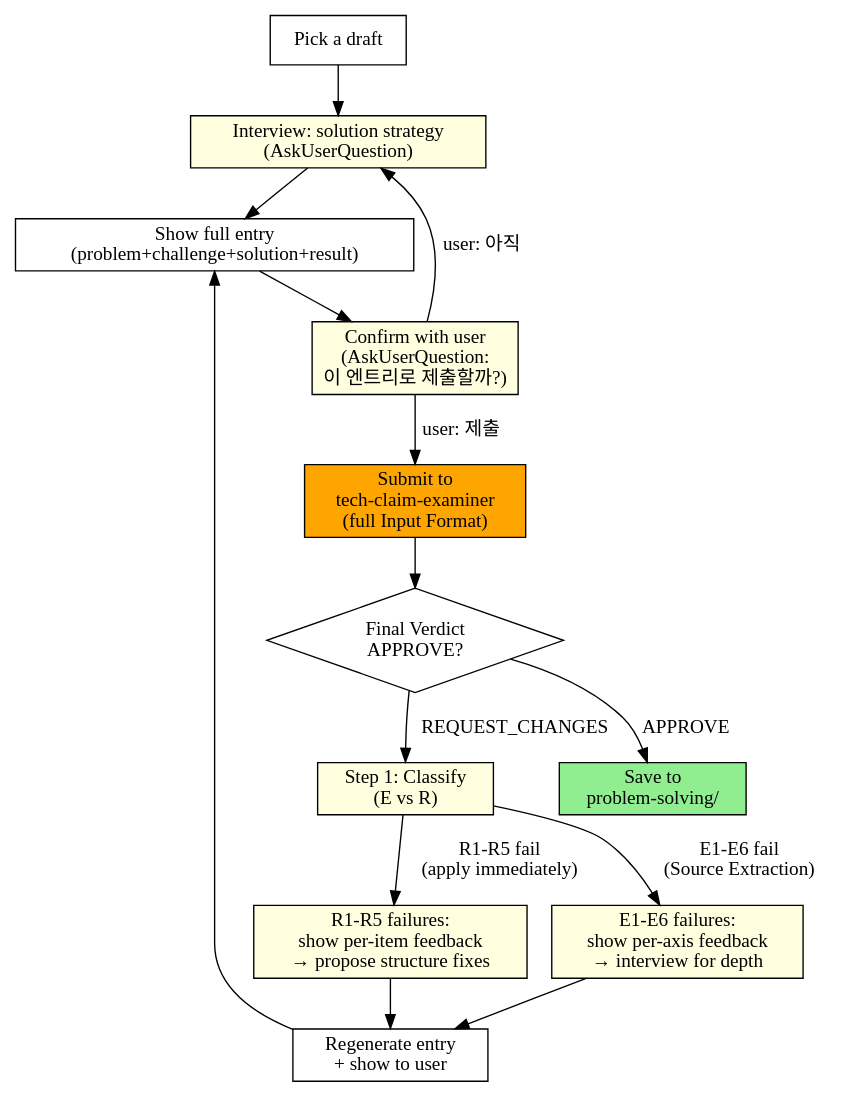
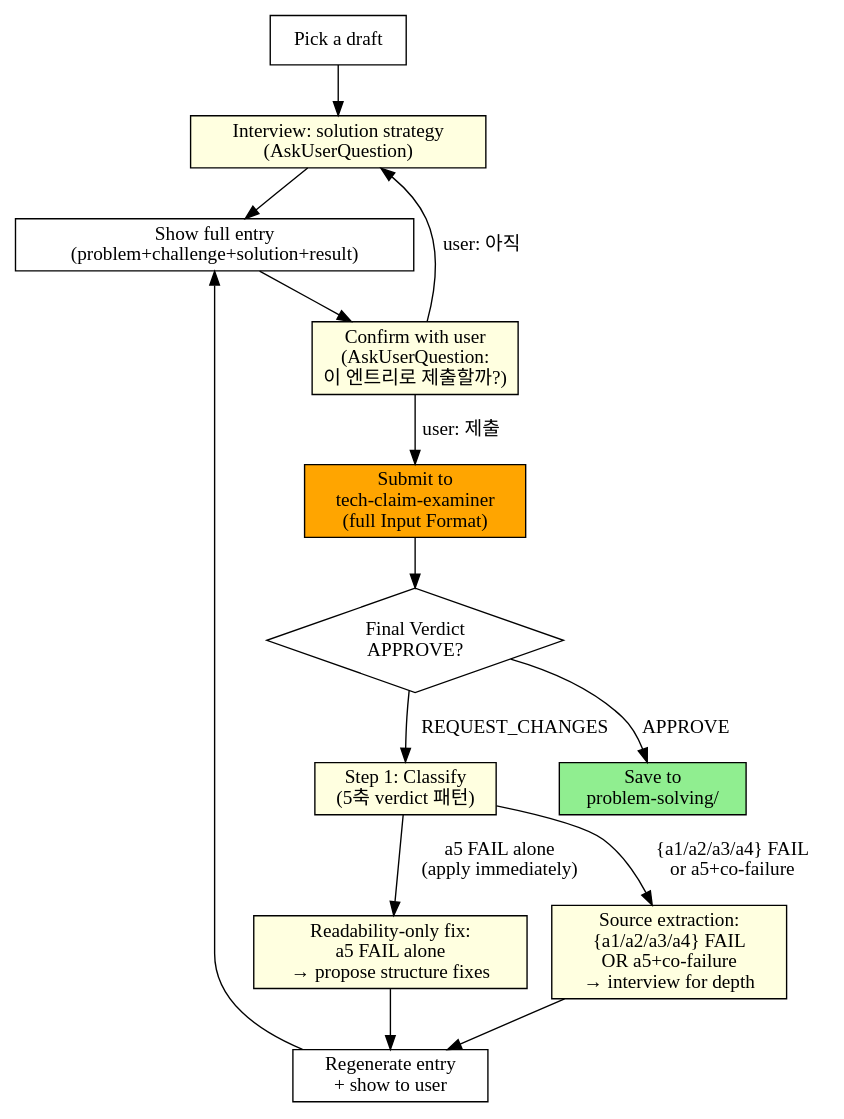
Before and after one commit to toongri/oh-my-toong-playground: the third of 3 diagrams in skills/resume-forge/SKILL.md, drawn with Graphviz. The commit also changed other lines of this file and 3 other files, not shown here.

Commit message:
refactor(resume-forge): 5축 schema 정합 및 구 rubric 참조 정리

````diff
--- a/skills/resume-forge/SKILL.md
+++ b/skills/resume-forge/SKILL.md
@@ -111,30 +113,30 @@
 ```dot
 digraph loop2 {
     rankdir=TB;
     pick [shape=box, label="Pick a draft"];
     interview [shape=box, label="Interview: solution strategy\n(AskUserQuestion)", style=filled, fillcolor=lightyellow];
     show [shape=box, label="Show full entry\n(problem+challenge+solution+result)"];
     confirm [shape=box, label="Confirm with user\n(AskUserQuestion:\n이 엔트리로 제출할까?)", style=filled, fillcolor=lightyellow];
     exam [shape=box, label="Submit to\ntech-claim-examiner\n(full Input Format)", style=filled, fillcolor=orange];
     check [shape=diamond, label="Final Verdict\nAPPROVE?"];
     save [shape=box, label="Save to\nproblem-solving/", style=filled, fillcolor=lightgreen];
-    e_fail [shape=box, label="E1-E6 failures:\nshow per-axis feedback\n→ interview for depth", style=filled, fillcolor=lightyellow];
-    r_fail [shape=box, label="R1-R5 failures:\nshow per-item feedback\n→ propose structure fixes", style=filled, fillcolor=lightyellow];
+    e_fail [shape=box, label="Source extraction:\n{a1/a2/a3/a4} FAIL\nOR a5+co-failure\n→ interview for depth", style=filled, fillcolor=lightyellow];
+    r_fail [shape=box, label="Readability-only fix:\na5 FAIL alone\n→ propose structure fixes", style=filled, fillcolor=lightyellow];
     revise [shape=box, label="Regenerate entry\n+ show to user"];
 
     pick -> interview;
     interview -> show;
     show -> confirm;
     confirm -> exam [label="user: 제출"];
     confirm -> interview [label="user: 아직"];
     exam -> check;
     check -> save [label="APPROVE"];
     check -> classify [label="REQUEST_CHANGES"];
-    classify [shape=box, label="Step 1: Classify\n(E vs R)", style=filled, fillcolor=lightyellow];
-    classify -> r_fail [label="R1-R5 fail\n(apply immediately)"];
-    classify -> e_fail [label="E1-E6 fail\n(Source Extraction)"];
+    classify [shape=box, label="Step 1: Classify\n(5축 verdict 패턴)", style=filled, fillcolor=lightyellow];
+    classify -> r_fail [label="a5 FAIL alone\n(apply immediately)"];
+    classify -> e_fail [label="{a1/a2/a3/a4} FAIL\nor a5+co-failure"];
     e_fail -> revise;
     r_fail -> revise;
     revise -> show;
 }
 ```
````
